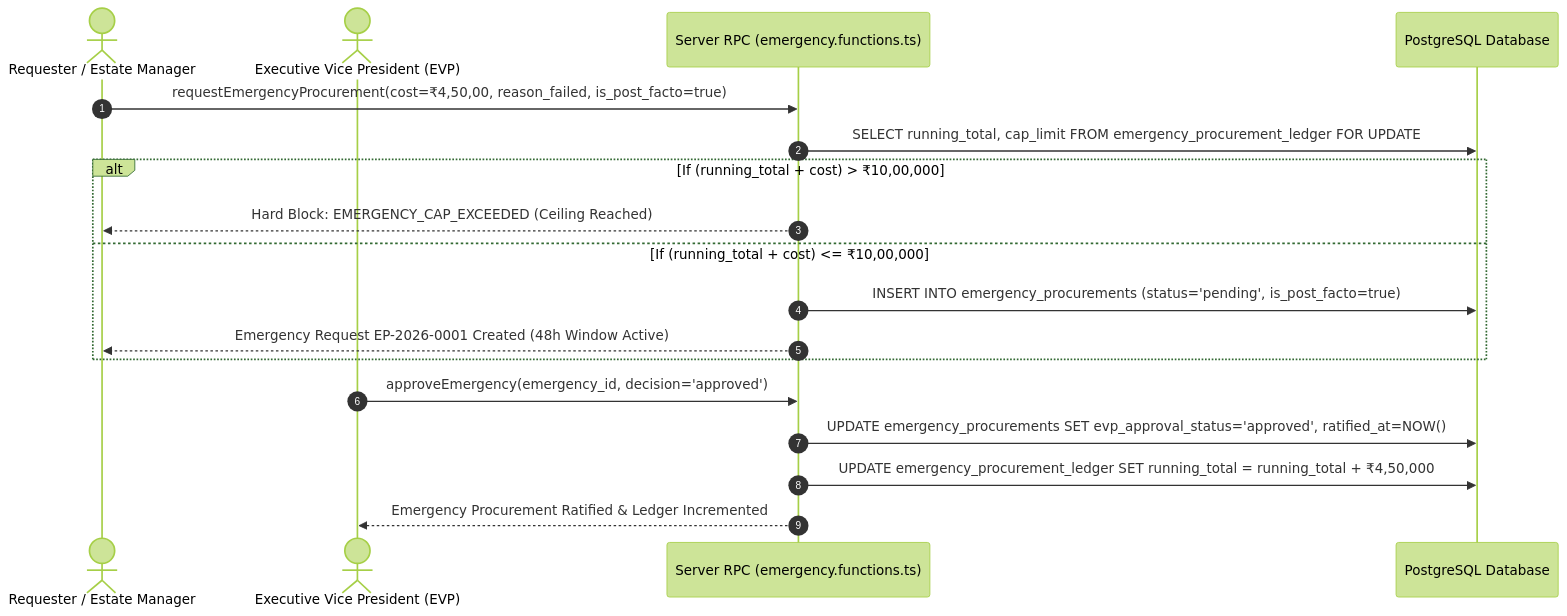
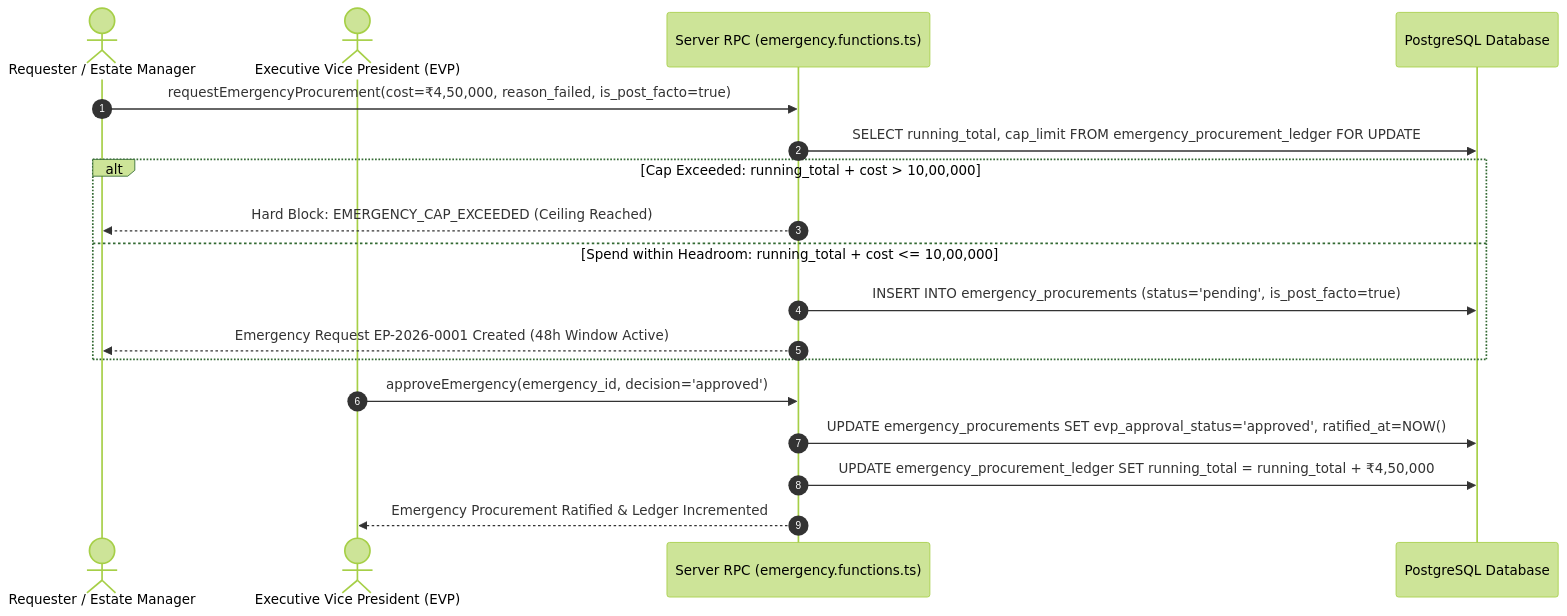
One commit to PannagaJA/procurementamc changed the fourth of 6 diagrams in README.md. Above: the diagram before and after it, drawn with Mermaid (forest theme). The commit also changed other lines of this file, not shown here.

Commit message:
docs: refine mermaid chart labels and state diagram syntax in README

````diff
--- a/README.md
+++ b/README.md
@@ -262,23 +262,23 @@
 ```mermaid
 sequenceDiagram
     autonumber
     actor Requester as Requester / Estate Manager
     actor EVP as Executive Vice President (EVP)
     participant Server as Server RPC (emergency.functions.ts)
     participant DB as PostgreSQL Database
 
-    Requester->>Server: requestEmergencyProcurement(cost=₹4,50,00, reason_failed, is_post_facto=true)
+    Requester->>Server: requestEmergencyProcurement(cost=₹4,50,000, reason_failed, is_post_facto=true)
     Server->>DB: SELECT running_total, cap_limit FROM emergency_procurement_ledger FOR UPDATE
     
-    alt If (running_total + cost) > ₹10,00,000
+    alt Cap Exceeded: running_total + cost > 10,00,000
         Server-->>Requester: Hard Block: EMERGENCY_CAP_EXCEEDED (Ceiling Reached)
-    else If (running_total + cost) <= ₹10,00,000
+    else Spend within Headroom: running_total + cost <= 10,00,000
         Server->>DB: INSERT INTO emergency_procurements (status='pending', is_post_facto=true)
         Server-->>Requester: Emergency Request EP-2026-0001 Created (48h Window Active)
     end
 
     EVP->>Server: approveEmergency(emergency_id, decision='approved')
     Server->>DB: UPDATE emergency_procurements SET evp_approval_status='approved', ratified_at=NOW()
     Server->>DB: UPDATE emergency_procurement_ledger SET running_total = running_total + ₹4,50,000
     Server-->>EVP: Emergency Procurement Ratified & Ledger Incremented
 ```
````
